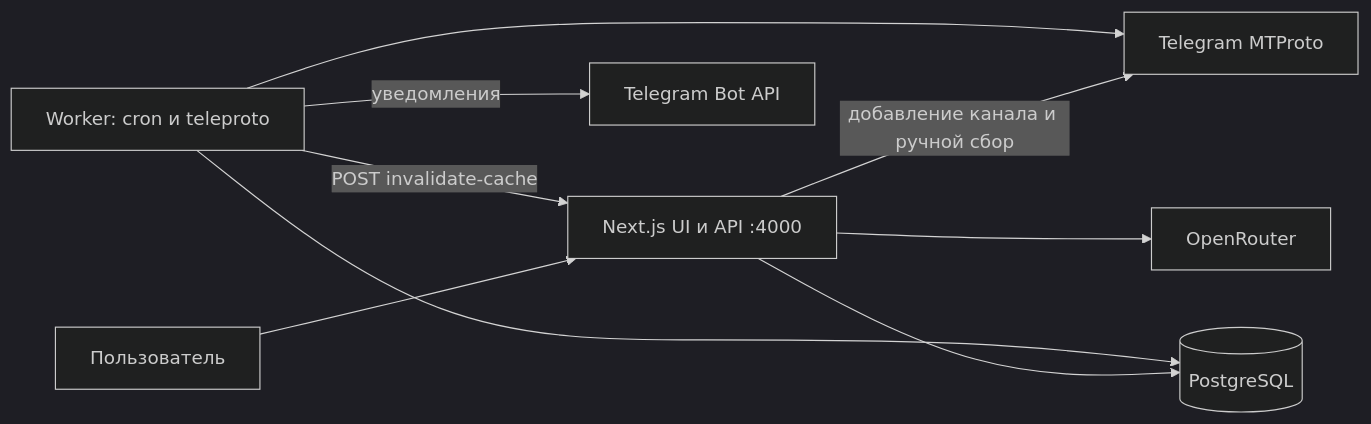
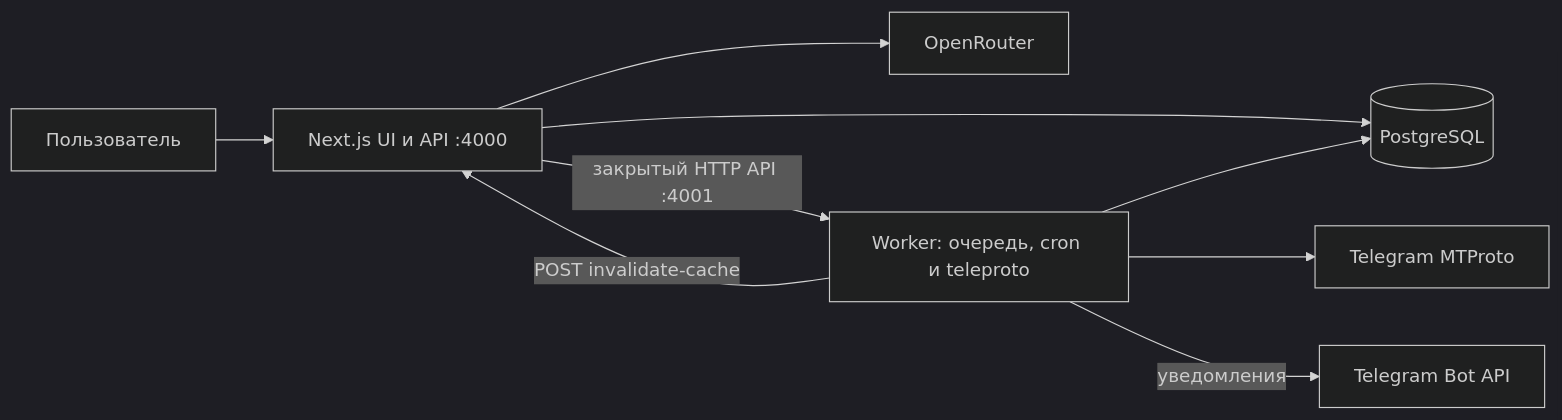
One commit to liquidsyntes/tg_mons changed the first of 2 diagrams in docs/architecture.md. Above: the diagram before and after it, drawn with Mermaid (dark theme). The commit also changed other lines of this file and 24 other files, not shown here.

Commit message:
refactor(worker-api): serialize MTProto operations

````diff
--- a/docs/architecture.md
+++ b/docs/architecture.md
@@ -7,11 +7,11 @@
 ```mermaid
 flowchart LR
     User[Пользователь] --> Web[Next.js UI и API :4000]
     Web --> DB[(PostgreSQL)]
     Web --> AI[OpenRouter]
-    Web -->|добавление канала и ручной сбор| TG[Telegram MTProto]
-    Worker[Worker: cron и teleproto] --> TG
+    Web -->|закрытый HTTP API :4001| Worker[Worker: очередь, cron и teleproto]
+    Worker --> TG[Telegram MTProto]
     Worker --> DB
     Worker -->|уведомления| Bot[Telegram Bot API]
     Worker -->|POST invalidate-cache| Web
 ```
````
